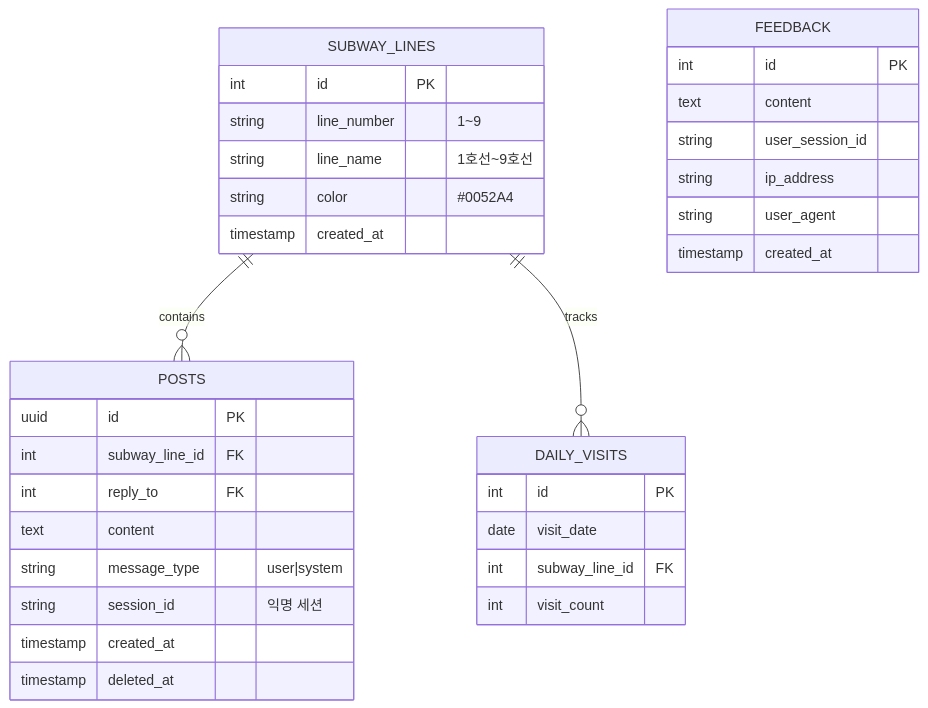
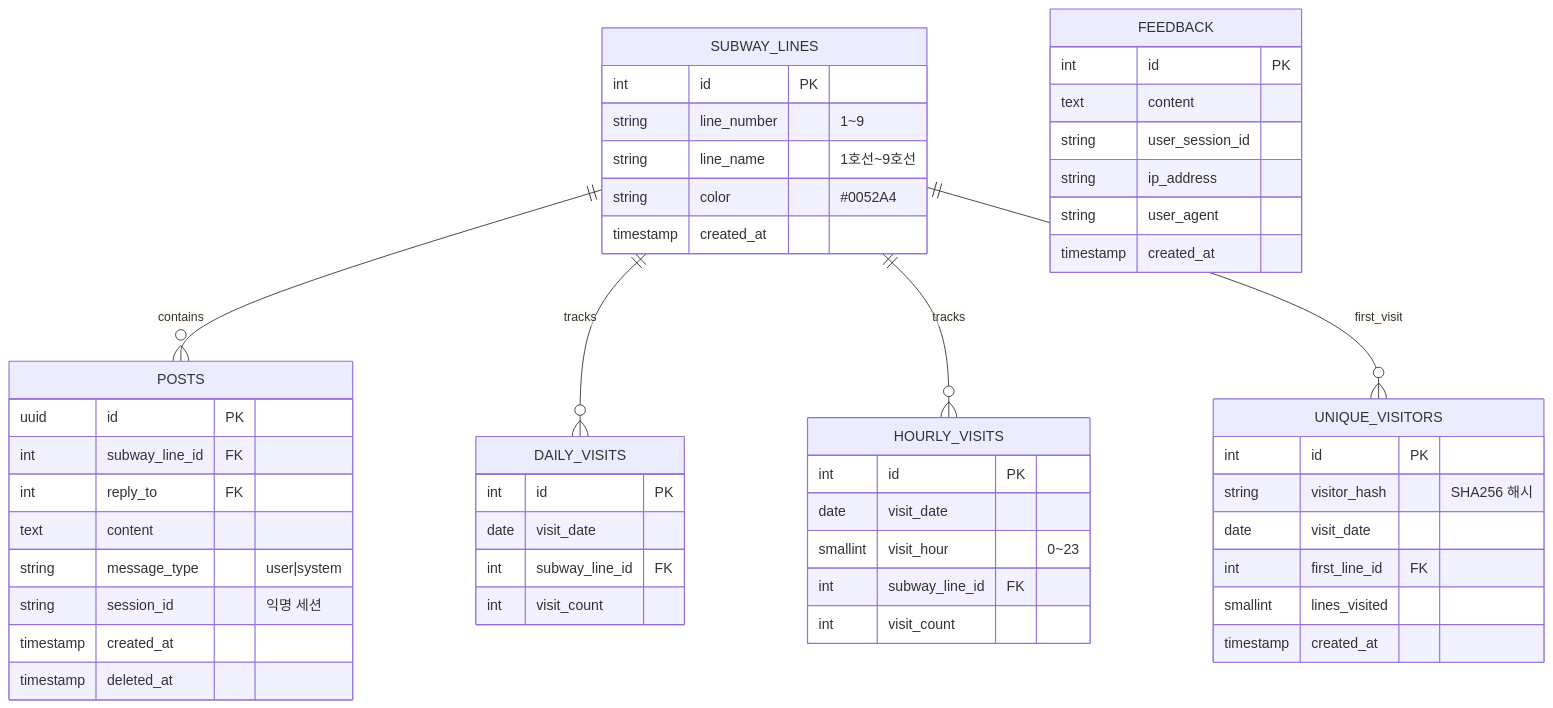
One commit to doublesilver/subway-board changed the fifth of 11 diagrams in README.md. Above: the diagram before and after it, drawn with Mermaid. The commit also changed other lines of this file and 2 other files, not shown here.

````diff
--- a/README.md
+++ b/README.md
@@ -233,40 +260,59 @@
 ```mermaid
 erDiagram
     SUBWAY_LINES ||--o{ POSTS : contains
     SUBWAY_LINES ||--o{ DAILY_VISITS : tracks
+    SUBWAY_LINES ||--o{ HOURLY_VISITS : tracks
+    SUBWAY_LINES ||--o{ UNIQUE_VISITORS : first_visit
 
     SUBWAY_LINES {
         int id PK
         string line_number "1~9"
         string line_name "1호선~9호선"
         string color "#0052A4"
         timestamp created_at
     }
 
     POSTS {
         uuid id PK
         int subway_line_id FK
         int reply_to FK
         text content
         string message_type "user|system"
         string session_id "익명 세션"
         timestamp created_at
         timestamp deleted_at
     }
 
     DAILY_VISITS {
         int id PK
         date visit_date
         int subway_line_id FK
         int visit_count
     }
 
+    HOURLY_VISITS {
+        int id PK
+        date visit_date
+        smallint visit_hour "0~23"
+        int subway_line_id FK
+        int visit_count
+    }
+
+    UNIQUE_VISITORS {
+        int id PK
+        string visitor_hash "SHA256 해시"
+        date visit_date
+        int first_line_id FK
+        smallint lines_visited
+        timestamp created_at
+    }
+
     FEEDBACK {
         int id PK
         text content
         string user_session_id
         string ip_address
         string user_agent
         timestamp created_at
     }
 ```
````
